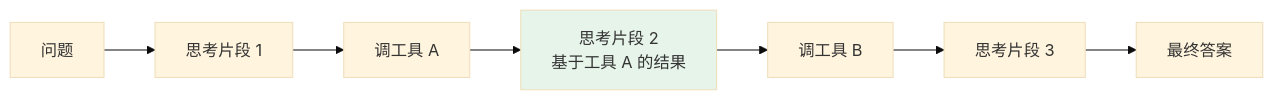
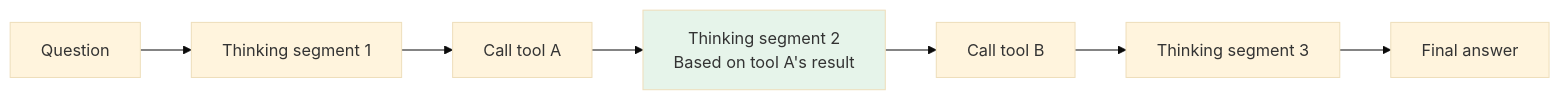
Before and after one commit to oneleaveknowsthefall/awesome-ai-roadmap: the fourth of 4 diagrams in docs/tools/01-function-calling/07-reasoning-models-and-tools.md, drawn with Mermaid (base theme). The commit also changed other lines of this file and 42 other files, not shown here.

````diff
--- a/docs/tools/01-function-calling/07-reasoning-models-and-tools.md
+++ b/docs/tools/01-function-calling/07-reasoning-models-and-tools.md
@@ -117,11 +117,11 @@
 ```mermaid
 flowchart LR
-    Q[问题] --> T1[思考片段 1]
-    T1 --> C1[调工具 A]
-    C1 --> T2["思考片段 2<br/>基于工具 A 的结果"]
-    T2 --> C2[调工具 B]
-    C2 --> T3[思考片段 3]
-    T3 --> A[最终答案]
+    Q[Question] --> T1[Thinking segment 1]
+    T1 --> C1[Call tool A]
+    C1 --> T2["Thinking segment 2<br/>Based on tool A's result"]
+    T2 --> C2[Call tool B]
+    C2 --> T3[Thinking segment 3]
+    T3 --> A[Final answer]
 
     style T2 fill:#e6f4ea
 ```
````
